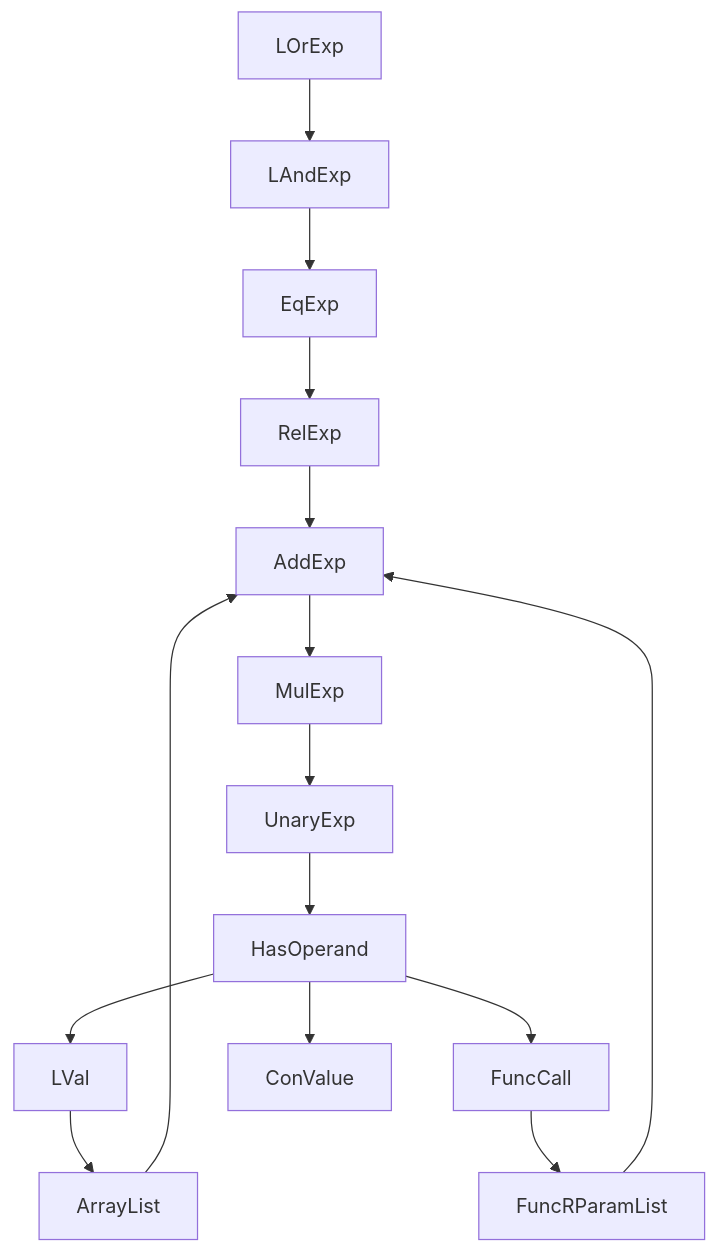
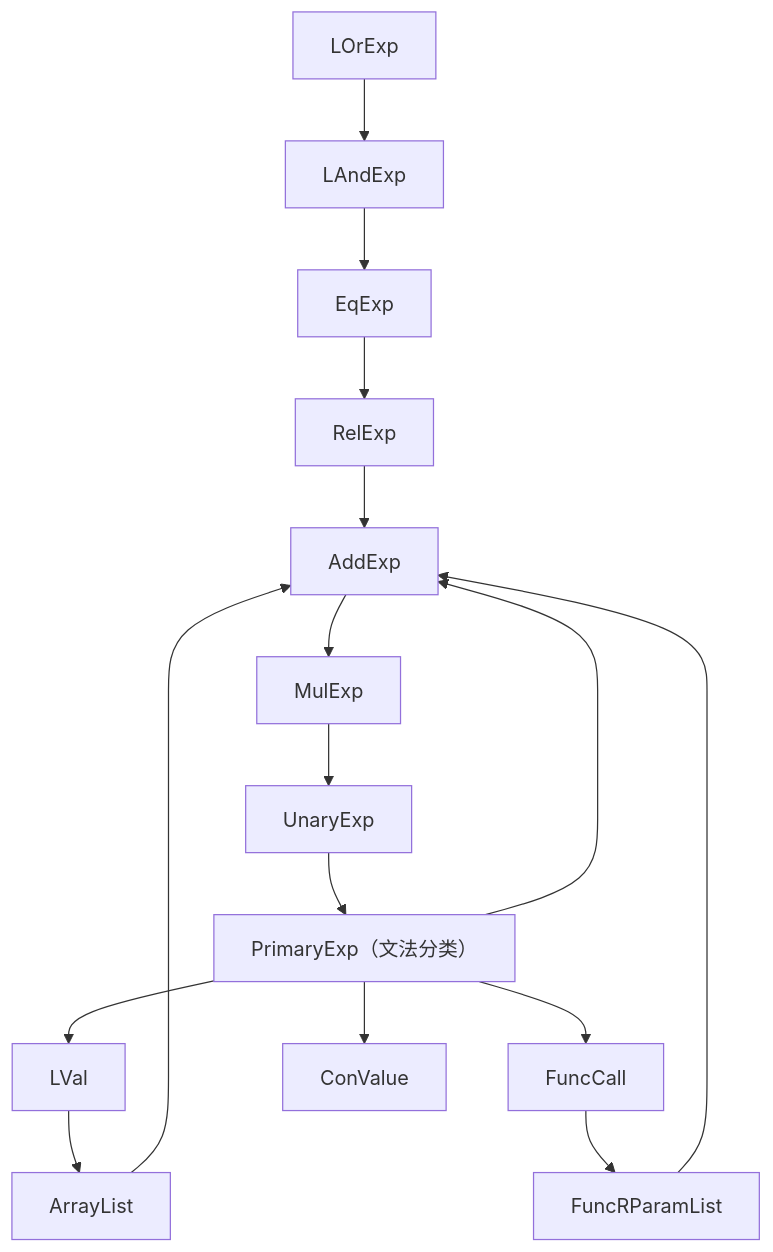
Before and after one commit to lyjy051219/SysYCompiler: the fourth of 34 diagrams in Compiler/doc/DOCS.md, drawn with Mermaid. The commit also changed other lines of this file and 56 other files, not shown here.

````diff
--- a/Compiler/doc/DOCS.md
+++ b/Compiler/doc/DOCS.md
@@ -320,20 +322,21 @@
    ```mermaid
    graph TD
        N1[LOrExp] --> N2[LAndExp]
        N2[LAndExp] --> N3[EqExp]
        N3[EqExp] --> N4[RelExp]
        N4[RelExp] --> N5[AddExp]
        N5[AddExp] --> N6[MulExp]
        N6[MulExp] --> N7[UnaryExp]
-       N7[UnaryExp] --> N8[HasOperand]
+       N7[UnaryExp] --> N8[PrimaryExp（文法分类）]
    
-       N8[HasOperand] --> N9[LVal]
-       N8[HasOperand] --> N10[FuncCall]
-       N8[HasOperand] --> N11[ConValue]
+       N8 --> N9[LVal]
+       N8 --> N10[FuncCall]
+       N8 --> N11[ConValue]
+       N8 --> N5
    
        N9[LVal] --> N12[ArrayList]
        N10[FuncCall] --> N13[FuncRParamList]
    
        N12[ArrayList] --> N5[AddExp]
        N13[FuncRParamList] --> N5[AddExp]
    ```
````
